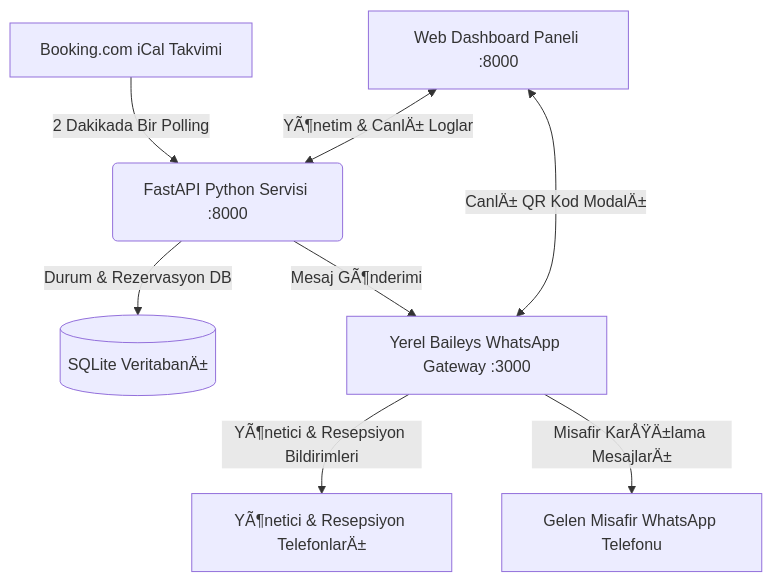
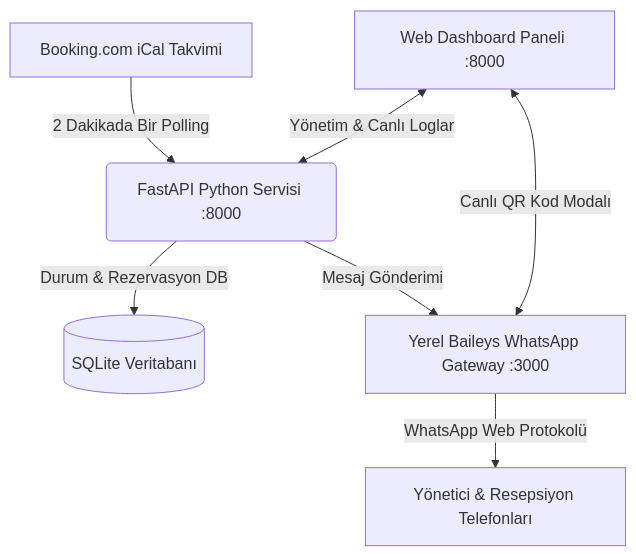
The second of 2 diagrams in README.md (MrCoolice/booking-whatsapp-bot), drawn with Mermaid before and after one commit. The commit also changed other lines of this file, not shown here.

````diff
--- a/README.md
+++ b/README.md
@@ -176,10 +176,9 @@
 ```mermaid
 graph TD
     A[Booking.com iCal Takvimi] -->|2 Dakikada Bir Polling| B(FastAPI Python Servisi :8000)
-    B -->|Durum & Rezervasyon DB| C[(SQLite VeritabanÄ±)]
-    B -->|Mesaj GÃ¶nderimi| D[Yerel Baileys WhatsApp Gateway :3000]
-    D -->|YÃ¶netici & Resepsiyon Bildirimleri| E[YÃ¶netici & Resepsiyon TelefonlarÄ±]
-    D -->|Misafir KarÅŸÄ±lama MesajlarÄ±| F[Gelen Misafir WhatsApp Telefonu]
-    G[Web Dashboard Paneli :8000] <-->|CanlÄ± QR Kod ModalÄ±| D
-    G <-->|YÃ¶netim & CanlÄ± Loglar| B
+    B -->|Durum & Rezervasyon DB| C[(SQLite Veritabanı)]
+    B -->|Mesaj Gönderimi| D[Yerel Baileys WhatsApp Gateway :3000]
+    D -->|WhatsApp Web Protokolü| E[Yönetici & Resepsiyon Telefonları]
+    G[Web Dashboard Paneli :8000] <-->|Canlı QR Kod Modalı| D
+    G <-->|Yönetim & Canlı Loglar| B
 ```
````
